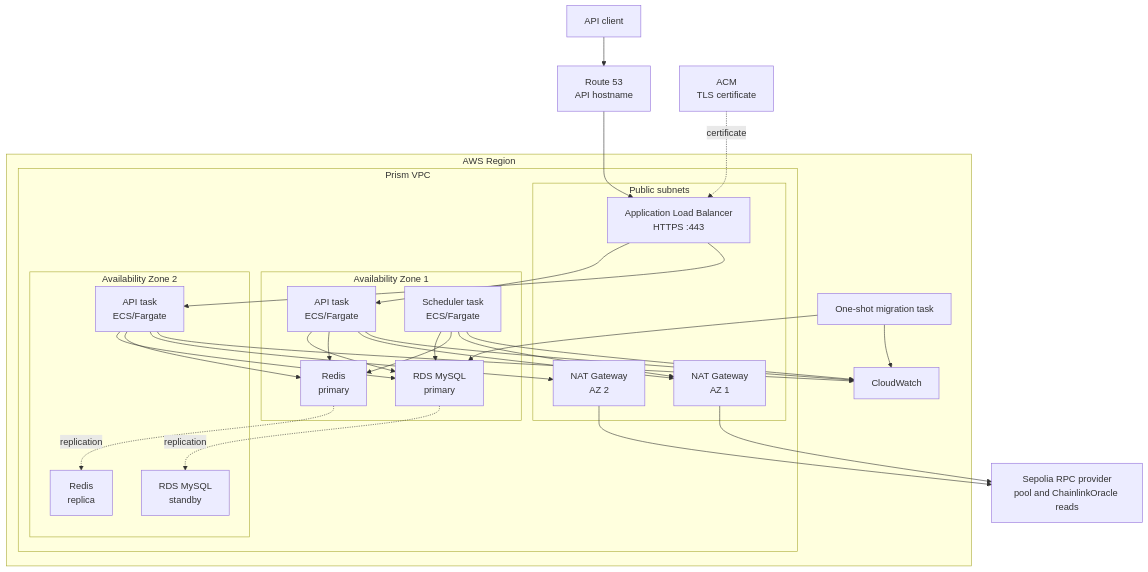
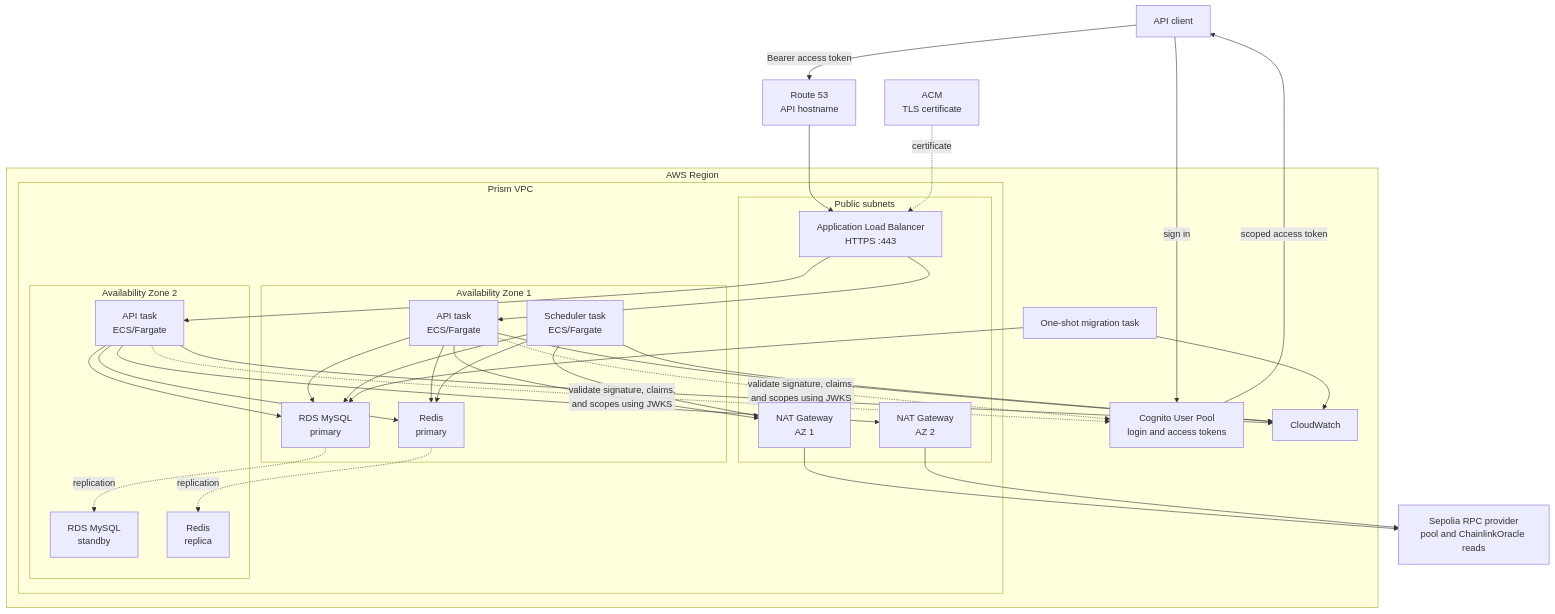
One commit to lancechuangdev/prism changed the first of 5 diagrams in infra/README.md. Above: the diagram before and after it, drawn with Mermaid. The commit also changed other lines of this file and 2 other files, not shown here.

````diff
--- a/infra/README.md
+++ b/infra/README.md
@@ -9,60 +9,67 @@
 ```mermaid
 flowchart TB
     Client["API client"]
     DNS["Route 53<br/>API hostname"]
     Certificate["ACM<br/>TLS certificate"]
 
     subgraph Region["AWS Region"]
+        Cognito["Cognito User Pool<br/>login and access tokens"]
+
         subgraph VPC["Prism VPC"]
             subgraph Public["Public subnets"]
                 ALB["Application Load Balancer<br/>HTTPS :443"]
                 NAT1["NAT Gateway<br/>AZ 1"]
                 NAT2["NAT Gateway<br/>AZ 2"]
             end
 
             subgraph Zone1["Availability Zone 1"]
                 API1["API task<br/>ECS/Fargate"]
                 Scheduler["Scheduler task<br/>ECS/Fargate"]
                 DB1["RDS MySQL<br/>primary"]
                 Cache1["Redis<br/>primary"]
             end
 
             subgraph Zone2["Availability Zone 2"]
                 API2["API task<br/>ECS/Fargate"]
                 DB2["RDS MySQL<br/>standby"]
                 Cache2["Redis<br/>replica"]
             end
         end
 
         Logs["CloudWatch"]
         Migration["One-shot migration task"]
     end
 
     RPC["Sepolia RPC provider<br/>pool and ChainlinkOracle reads"]
 
-    Client --> DNS --> ALB
+    Client -->|"sign in"| Cognito
+    Cognito -->|"scoped access token"| Client
+    Client -->|"Bearer access token"| DNS --> ALB
     Certificate -. "certificate" .-> ALB
     ALB --> API1
     ALB --> API2
+
+    API1 -. "validate signature, claims,<br/>and scopes using JWKS" .-> Cognito
+    API2 -. "validate signature, claims,<br/>and scopes using JWKS" .-> Cognito
 
     API1 --> DB1
     API2 --> DB1
     Scheduler --> DB1
     Migration --> DB1
 
     API1 --> Cache1
     API2 --> Cache1
     Scheduler --> Cache1
 
     DB1 -. "replication" .-> DB2
     Cache1 -. "replication" .-> Cache2
 
     API1 --> NAT1 --> RPC
     API2 --> NAT2 --> RPC
     Scheduler --> NAT1
 
     API1 --> Logs
     API2 --> Logs
     Scheduler --> Logs
     Migration --> Logs
 ```
````
